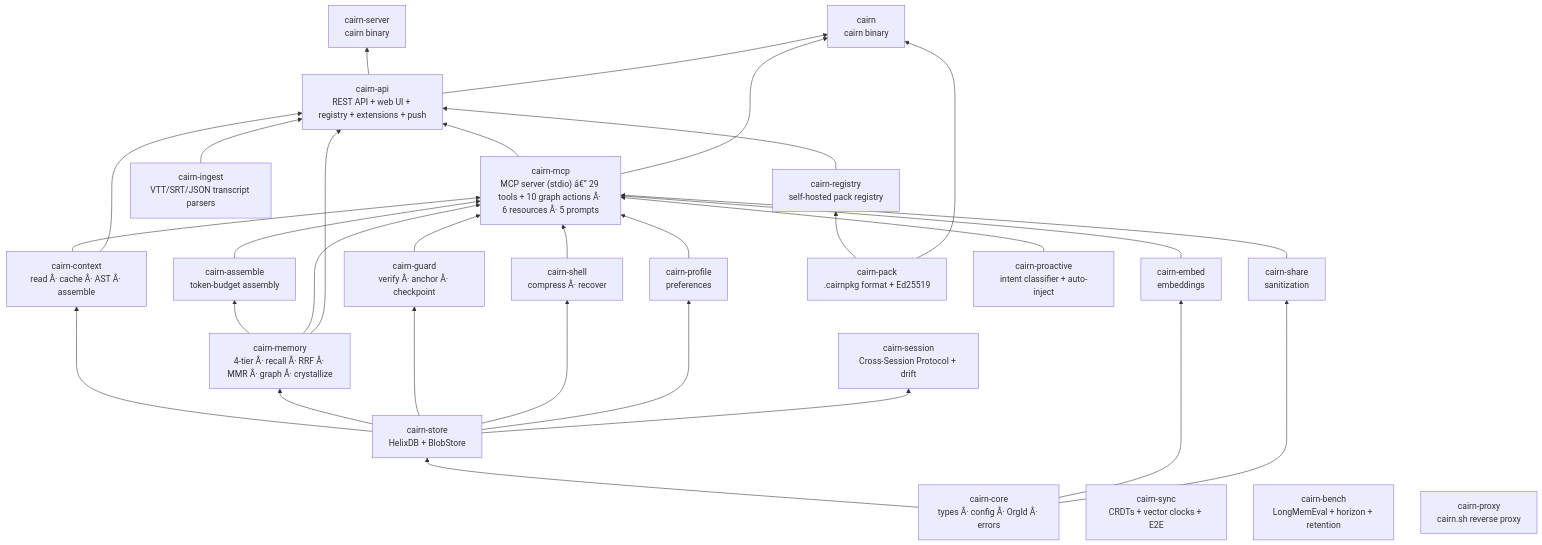
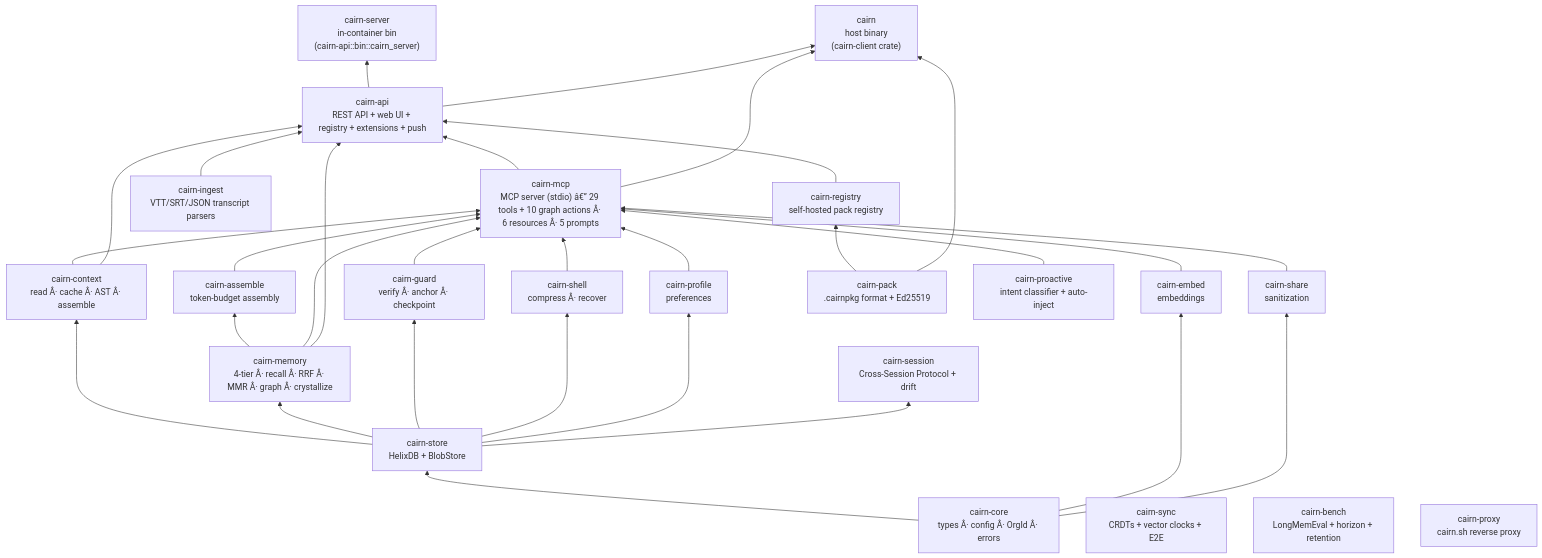
Before and after one commit to Vellixia/Cairn: the second of 2 diagrams in docs/ARCHITECTURE.md, drawn with Mermaid. The commit also changed other lines of this file and 34 other files, not shown here.

First line of the commit message:
docs: scrub stale `cairn serve`/`token`/`pair-code`/`cairn-server admin` refs; drop `plugins/cairn/`

````diff
--- a/docs/ARCHITECTURE.md
+++ b/docs/ARCHITECTURE.md
@@ -42,55 +45,55 @@
 ```mermaid
 graph BT
     core["cairn-core<br/>types Â· config Â· OrgId Â· errors"]
     store["cairn-store<br/>HelixDB + BlobStore"]
     context["cairn-context<br/>read Â· cache Â· AST Â· assemble"]
     memory["cairn-memory<br/>4-tier Â· recall Â· RRF Â· MMR Â· graph Â· crystallize"]
     guard["cairn-guard<br/>verify Â· anchor Â· checkpoint"]
     shell["cairn-shell<br/>compress Â· recover"]
     profile["cairn-profile<br/>preferences"]
     assemble["cairn-assemble<br/>token-budget assembly"]
     share["cairn-share<br/>sanitization"]
     embed["cairn-embed<br/>embeddings"]
     session["cairn-session<br/>Cross-Session Protocol + drift"]
     pack["cairn-pack<br/>.cairnpkg format + Ed25519"]
     registry["cairn-registry<br/>self-hosted pack registry"]
     sync["cairn-sync<br/>CRDTs + vector clocks + E2E"]
     bench["cairn-bench<br/>LongMemEval + horizon + retention"]
     proactive["cairn-proactive<br/>intent classifier + auto-inject"]
     proxy["cairn-proxy<br/>cairn.sh reverse proxy"]
     ingest["cairn-ingest<br/>VTT/SRT/JSON transcript parsers"]
     mcp["cairn-mcp<br/>MCP server (stdio) â€” 29 tools + 10 graph actions Â· 6 resources Â· 5 prompts"]
     api["cairn-api<br/>REST API + web UI + registry + extensions + push"]
-    server["cairn-server<br/>cairn binary"]
-    cli["cairn<br/>cairn binary"]
+    server["cairn-server<br/>in-container bin<br/>(cairn-api::bin::cairn_server)"]
+    cli["cairn<br/>host binary<br/>(cairn-client crate)"] 
 
     core --> store
     core --> embed
     core --> share
     store --> context
     store --> memory
     store --> guard
     store --> shell
     store --> profile
     store --> session
     memory --> assemble
     context --> mcp
     memory --> mcp
     guard --> mcp
     shell --> mcp
     profile --> mcp
     share --> mcp
     embed --> mcp
     assemble --> mcp
     proactive --> mcp
     context --> api
     memory --> api
     mcp --> api
     pack --> registry
     registry --> api
     ingest --> api
     pack --> cli
     api --> server
     mcp --> cli
     api --> cli
 ```
````
